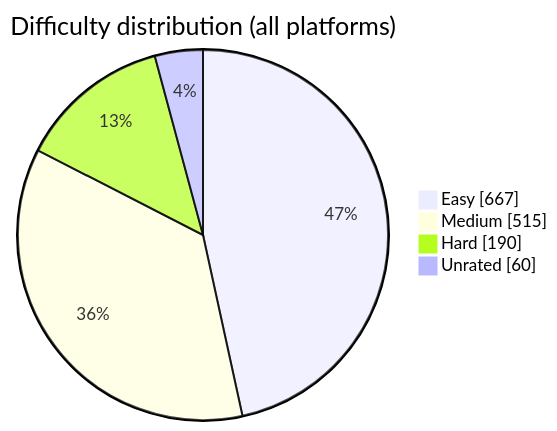
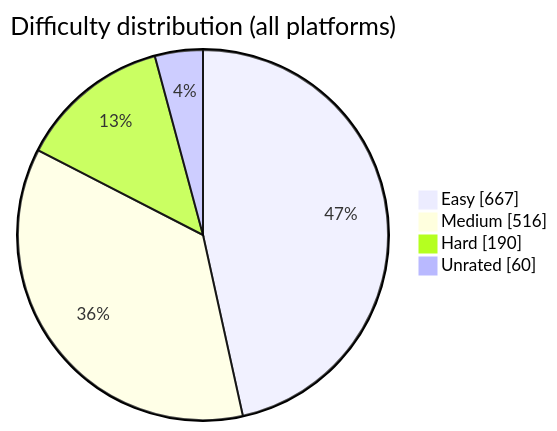
One commit to BuildbyArindam/Daily-Coding-Log changed the diagram in README.md. Above: the diagram before and after it, drawn with Mermaid. The commit also changed other lines of this file, not shown here.

````diff
--- a/README.md
+++ b/README.md
@@ -93,7 +93,7 @@
 ```mermaid
 pie showData title Difficulty distribution (all platforms)
     "Easy" : 667
-    "Medium" : 515
+    "Medium" : 516
     "Hard" : 190
     "Unrated" : 60
 ```
````
